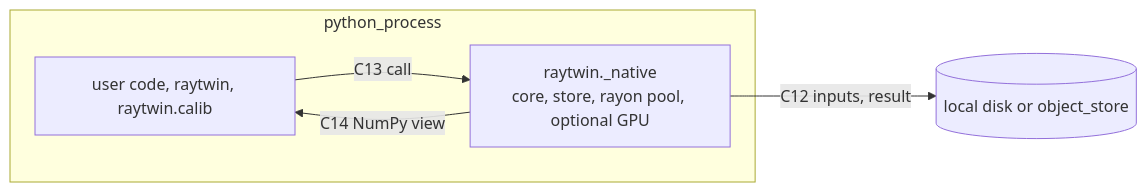
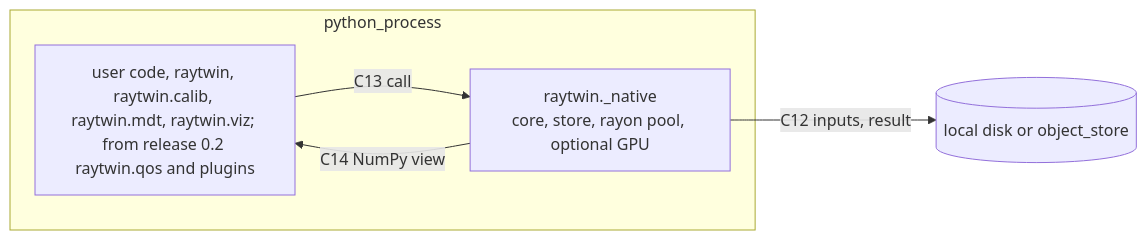
The eighth of 16 diagrams in docs/architecture/ARCHITECTURE.md (NguyenVu04/ray-twin), drawn with Mermaid before and after one commit. The commit also changed other lines of this file and 24 other files, not shown here.

````diff
--- a/docs/architecture/ARCHITECTURE.md
+++ b/docs/architecture/ARCHITECTURE.md
@@ -874,11 +984,11 @@
 ```mermaid
 flowchart LR
     subgraph python_process["python_process"]
-        user_code["user code, raytwin, raytwin.calib"]
+        user_code["user code, raytwin, raytwin.calib, raytwin.mdt, raytwin.viz; from release 0.2 raytwin.qos and plugins"]
         native["raytwin._native<br/>core, store, rayon pool, optional GPU"]
         user_code -- "C13 call" --> native
         native -- "C14 NumPy view" --> user_code
     end
     local_store[("local disk or object_store")]
     native -- "C12 inputs, result" --> local_store
 ```
````
